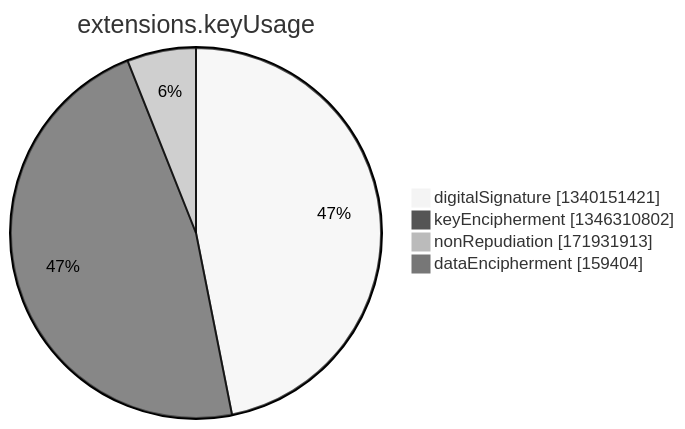
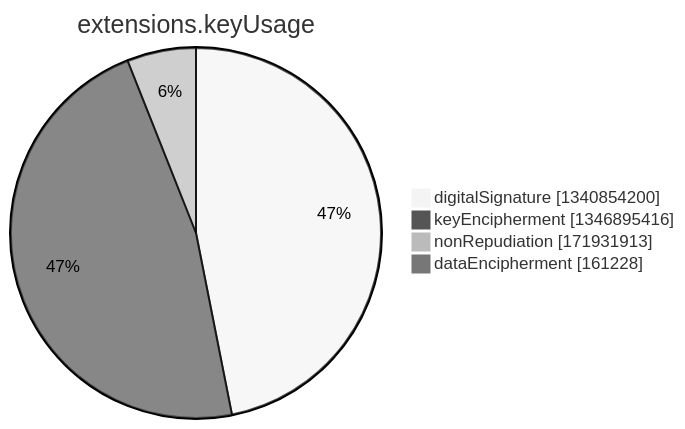
The seventh of 15 diagrams in argon2022/README.md (christiankrug/ctmonitor_visualization), drawn with Mermaid (neutral theme) before and after one commit. The commit also changed other lines of this file, not shown here.

````diff
--- a/argon2022/README.md
+++ b/argon2022/README.md
@@ -2750,8 +2750,8 @@
 ```mermaid
 pie showData
 title extensions.keyUsage
-"digitalSignature" :1340151421
-"keyEncipherment" :1346310802
+"digitalSignature" :1340854200
+"keyEncipherment" :1346895416
 "nonRepudiation" :171931913
-"dataEncipherment" :159404
+"dataEncipherment" :161228
 ```
````
